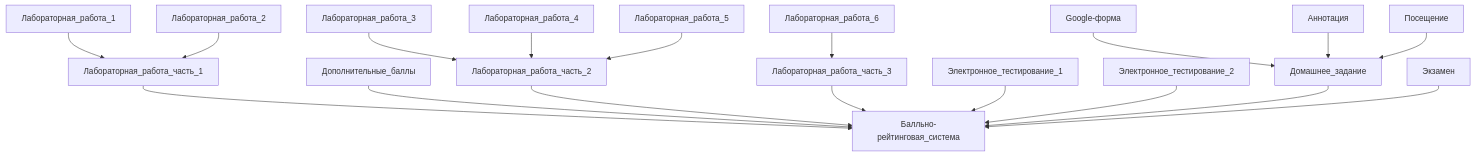
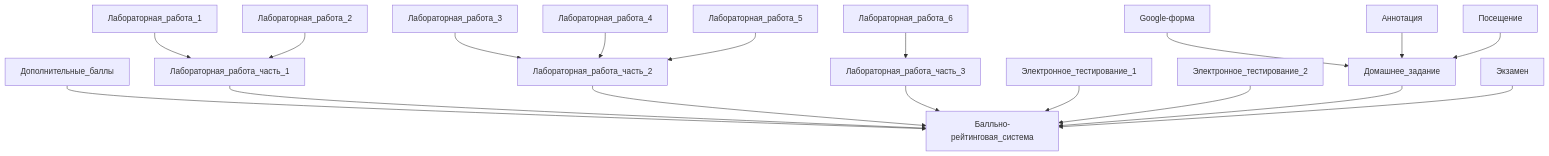
One commit to Steralka/ITMO changed the diagram in 1 Семестр/Информатика/README.md. Above: the diagram before and after it, drawn with Mermaid. The commit also changed other lines of this file, not shown here.

````diff
--- a/1 Семестр/Информатика/README.md
+++ b/1 Семестр/Информатика/README.md
@@ -39,24 +39,24 @@
 ```mermaid
 graph TD;
 Лабораторная_работа_1-->Лабораторная_работа_часть_1;
 Лабораторная_работа_2-->Лабораторная_работа_часть_1;
 
 Лабораторная_работа_3-->Лабораторная_работа_часть_2;
 Лабораторная_работа_4-->Лабораторная_работа_часть_2;
 Лабораторная_работа_5-->Лабораторная_работа_часть_2;
 
 Лабораторная_работа_6-->Лабораторная_работа_часть_3;
 
 Google-форма-->Домашнее_задание;
 Аннотация-->Домашнее_задание;
 Посещение-->Домашнее_задание;
 
+Дополнительные_баллы-->Балльно-рейтинговая_система;
 Лабораторная_работа_часть_1-->Балльно-рейтинговая_система;
-Дополнительные_баллы-->Балльно-рейтинговая_система;
 Лабораторная_работа_часть_2-->Балльно-рейтинговая_система;
 Лабораторная_работа_часть_3-->Балльно-рейтинговая_система;
 Электронное_тестирование_1-->Балльно-рейтинговая_система;
 Электронное_тестирование_2-->Балльно-рейтинговая_система;
 Домашнее_задание-->Балльно-рейтинговая_система;
 Экзамен-->Балльно-рейтинговая_система;
 ```
````
